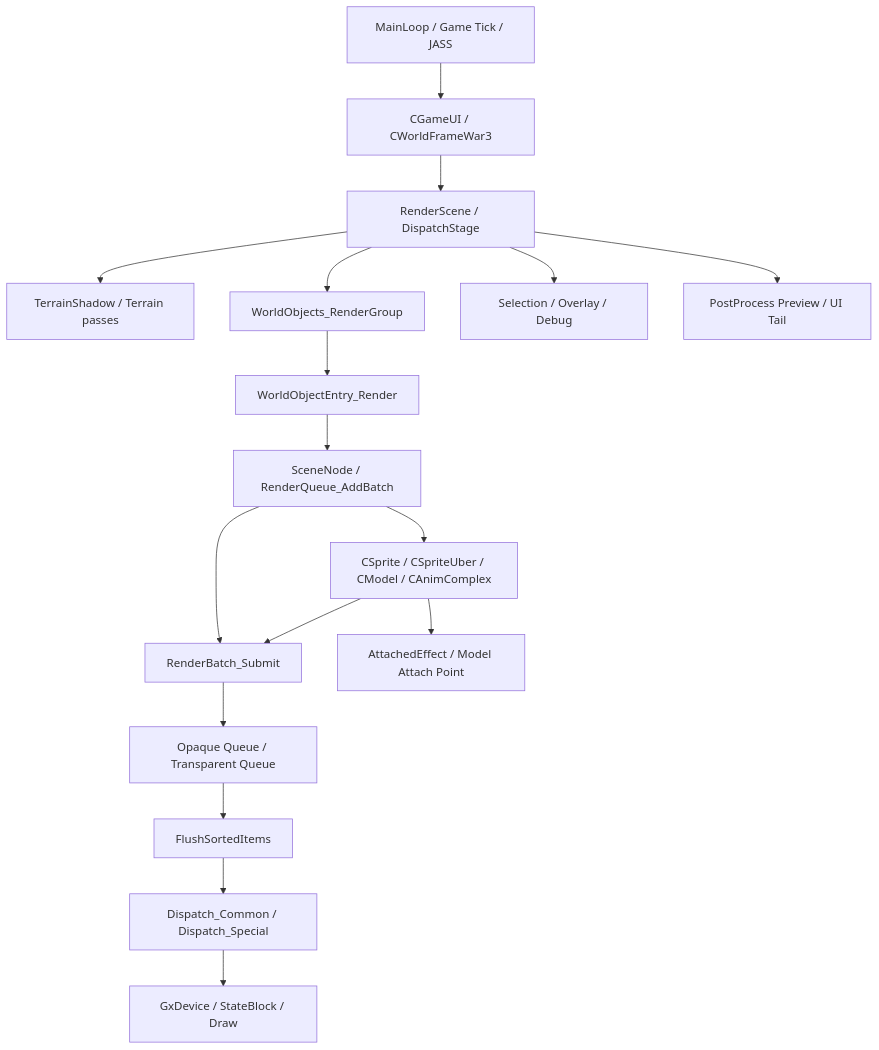
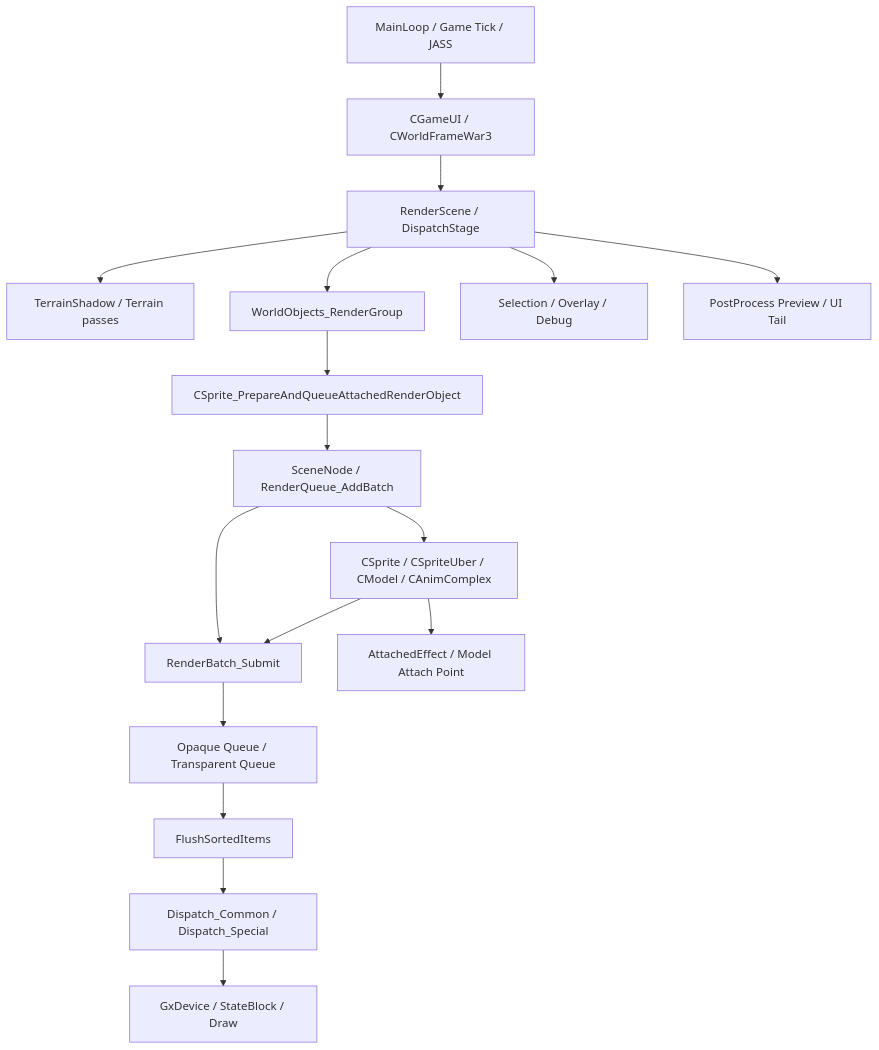
One commit to CallDisaster/War3VK changed the first of 5 diagrams in docs/research/war3_render_issues/19_blizzard_native_rendering_engine_full_perspective/README.md. Above: the diagram before and after it, drawn with Mermaid. The commit also changed other lines of this file and 272 other files, not shown here.

````diff
--- a/docs/research/war3_render_issues/19_blizzard_native_rendering_engine_full_perspective/README.md
+++ b/docs/research/war3_render_issues/19_blizzard_native_rendering_engine_full_perspective/README.md
@@ -22,21 +29,21 @@
 ```mermaid
 flowchart TD
   A["MainLoop / Game Tick / JASS"] --> B["CGameUI / CWorldFrameWar3"]
   B --> C["RenderScene / DispatchStage"]
   C --> D["TerrainShadow / Terrain passes"]
   C --> E["WorldObjects_RenderGroup"]
-  E --> F["WorldObjectEntry_Render"]
+  E --> F["CSprite_PrepareAndQueueAttachedRenderObject"]
   F --> G["SceneNode / RenderQueue_AddBatch"]
   G --> H["RenderBatch_Submit"]
   H --> I["Opaque Queue / Transparent Queue"]
   I --> J["FlushSortedItems"]
   J --> K["Dispatch_Common / Dispatch_Special"]
   K --> L["GxDevice / StateBlock / Draw"]
 
   G --> M["CSprite / CSpriteUber / CModel / CAnimComplex"]
   M --> H
 
   C --> N["Selection / Overlay / Debug"]
   C --> O["PostProcess Preview / UI Tail"]
   M --> P["AttachedEffect / Model Attach Point"]
 ```
````
